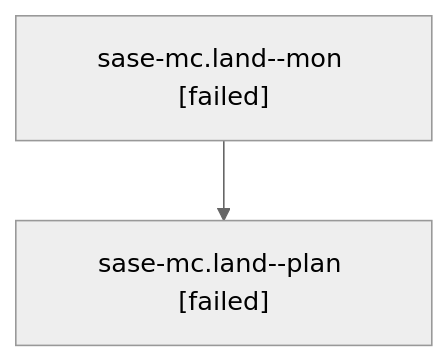
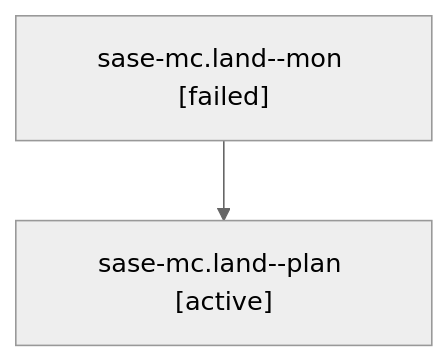
Before and after one commit to sase-org/sase--agents: the diagram in families/bbugyi200.athena.sase-mc.land.md, drawn with Mermaid (neutral theme). The commit also changed other lines of this file and 35830 other files, not shown here.

````diff
--- a/families/bbugyi200.athena.sase-mc.land.md
+++ b/families/bbugyi200.athena.sase-mc.land.md
@@ -9,6 +9,6 @@
 ```mermaid
 flowchart TD
   n0["sase-mc.land--mon [failed]"]
-  n1["sase-mc.land--plan [failed]"]
+  n1["sase-mc.land--plan [active]"]
   n0 --> n1
 ```
````
